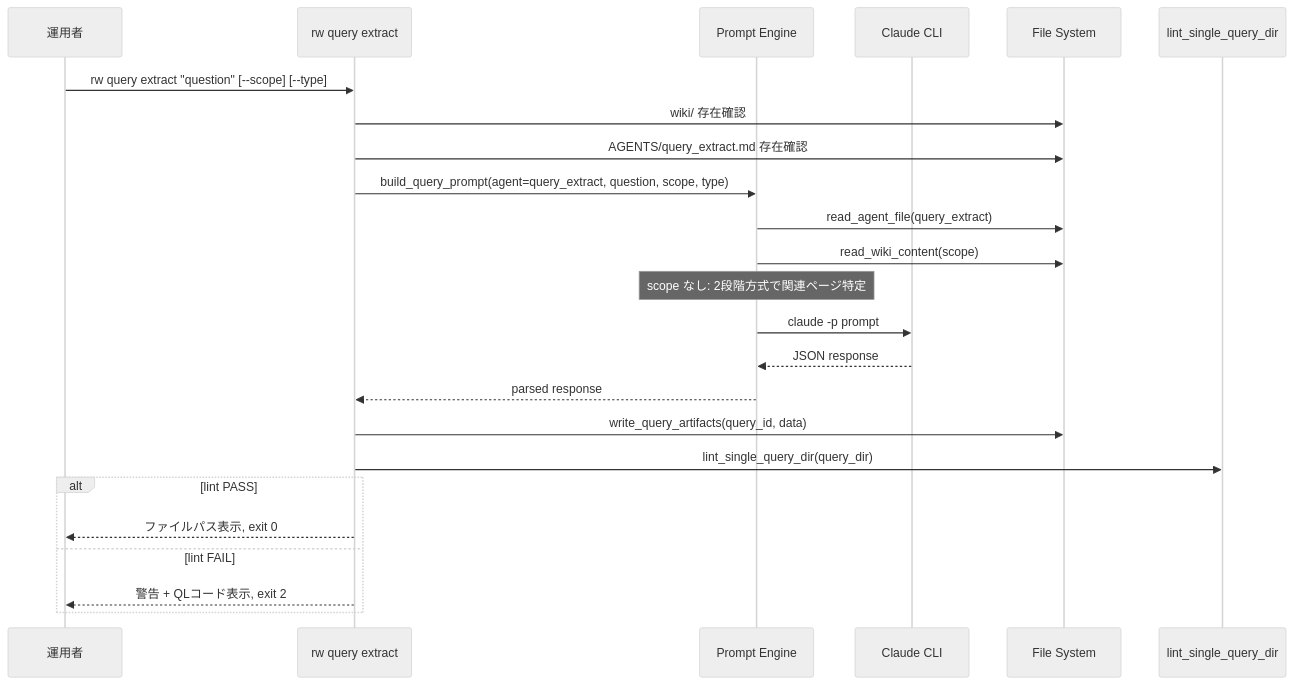
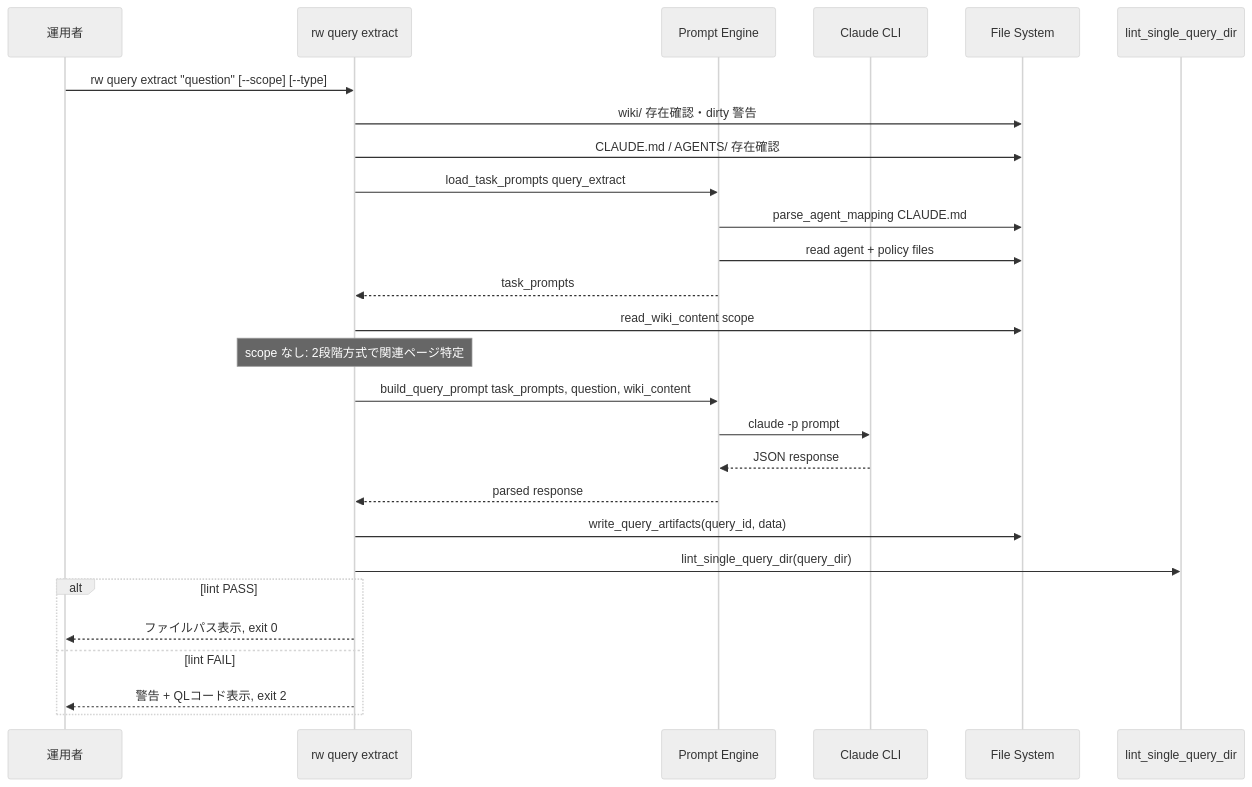
Before and after one commit to kenoogl/Rwiki-dev: the second of 4 diagrams in .kiro/specs/cli-query/design.md, drawn with Mermaid (neutral theme). The commit also changed other lines of this file and 3 other files, not shown here.

First line of the commit message:
refactor(cli-query): 設計レビュー反映・承認

````diff
--- a/.kiro/specs/cli-query/design.md
+++ b/.kiro/specs/cli-query/design.md
@@ -172,27 +181,30 @@
 ```mermaid
 sequenceDiagram
     participant User as 運用者
     participant CLI as rw query extract
     participant PE as Prompt Engine
     participant Claude as Claude CLI
     participant FS as File System
     participant Lint as lint_single_query_dir
 
     User->>CLI: rw query extract "question" [--scope] [--type]
-    CLI->>FS: wiki/ 存在確認
-    CLI->>FS: AGENTS/query_extract.md 存在確認
-    CLI->>PE: build_query_prompt(agent=query_extract, question, scope, type)
-    PE->>FS: read_agent_file(query_extract)
-    PE->>FS: read_wiki_content(scope)
-    Note over PE: scope なし: 2段階方式で関連ページ特定
+    CLI->>FS: wiki/ 存在確認・dirty 警告
+    CLI->>FS: CLAUDE.md / AGENTS/ 存在確認
+    CLI->>PE: load_task_prompts query_extract
+    PE->>FS: parse_agent_mapping CLAUDE.md
+    PE->>FS: read agent + policy files
+    PE-->>CLI: task_prompts
+    CLI->>FS: read_wiki_content scope
+    Note over CLI: scope なし: 2段階方式で関連ページ特定
+    CLI->>PE: build_query_prompt task_prompts, question, wiki_content
     PE->>Claude: claude -p prompt
     Claude-->>PE: JSON response
     PE-->>CLI: parsed response
     CLI->>FS: write_query_artifacts(query_id, data)
     CLI->>Lint: lint_single_query_dir(query_dir)
     alt lint PASS
         CLI-->>User: ファイルパス表示, exit 0
     else lint FAIL
         CLI-->>User: 警告 + QLコード表示, exit 2
     end
 ```
````
